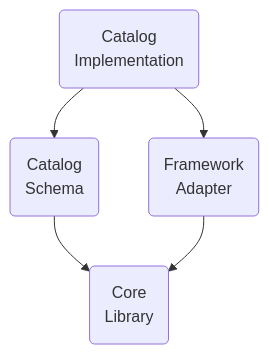
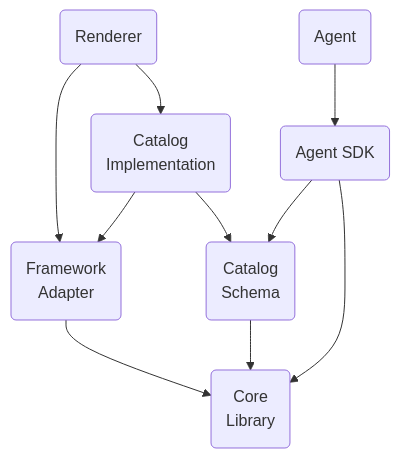
Before and after one commit to a2ui-labs/docs-ja: the second of 2 diagrams in docs/public/concepts/glossary.md, drawn with Mermaid. The commit also changed other lines of this file and 145 other files, not shown here.

````diff
--- a/docs/public/concepts/glossary.md
+++ b/docs/public/concepts/glossary.md
@@ -171,7 +288,12 @@
 ```mermaid
 flowchart TD;
+cimpl-->fadapter("Framework<br>Adapter");
 cimpl("Catalog<br>Implementation")-->cschema("Catalog<br>Schema");
 cschema-->core("Core<br>Library");
-cimpl-->fadapter("Framework<br>Adapter");
+agentsdk("Agent SDK")-->cschema;
+agentsdk-->core;
 fadapter-->core;
+renderer-->fadapter;
+renderer("Renderer")-->cimpl;
+agent("Agent")-->agentsdk;
 ```
````
